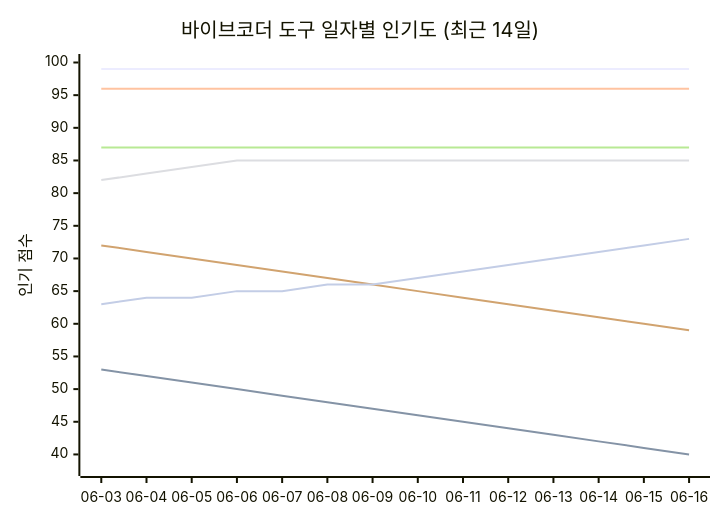
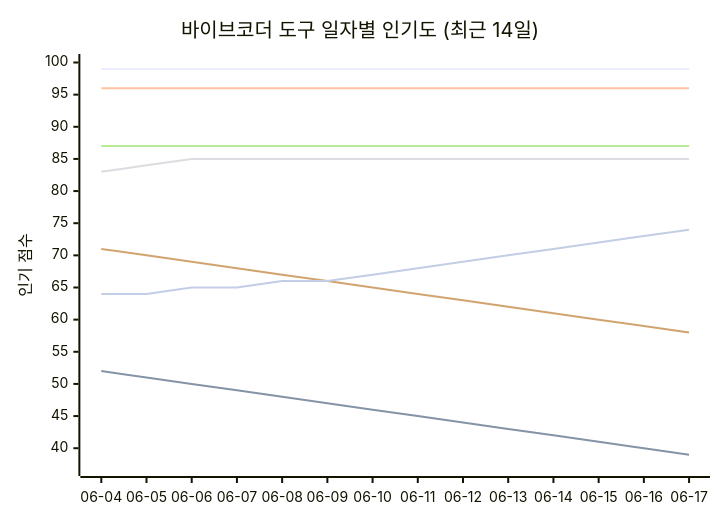
The seventh of 11 diagrams in README_ko.md (tykimos/ai-whatchelin), drawn with Mermaid before and after one commit. The commit also changed other lines of this file and 4 other files, not shown here.

````diff
--- a/README_ko.md
+++ b/README_ko.md
@@ -1586,13 +1591,13 @@
 ```mermaid
 xychart-beta
     title "바이브코더 도구 일자별 인기도 (최근 14일)"
-    x-axis ["06-03", "06-04", "06-05", "06-06", "06-07", "06-08", "06-09", "06-10", "06-11", "06-12", "06-13", "06-14", "06-15", "06-16"]
-    y-axis "인기 점수" 38 --> 100
+    x-axis ["06-04", "06-05", "06-06", "06-07", "06-08", "06-09", "06-10", "06-11", "06-12", "06-13", "06-14", "06-15", "06-16", "06-17"]
+    y-axis "인기 점수" 37 --> 100
     line "Claude Code" [99, 99, 99, 99, 99, 99, 99, 99, 99, 99, 99, 99, 99, 99]
-    line "GH Copilot" [53, 52, 51, 50, 49, 48, 47, 46, 45, 44, 43, 42, 41, 40]
+    line "GH Copilot" [52, 51, 50, 49, 48, 47, 46, 45, 44, 43, 42, 41, 40, 39]
     line "Cursor" [96, 96, 96, 96, 96, 96, 96, 96, 96, 96, 96, 96, 96, 96]
-    line "Windsurf" [82, 83, 84, 85, 85, 85, 85, 85, 85, 85, 85, 85, 85, 85]
+    line "Windsurf" [83, 84, 85, 85, 85, 85, 85, 85, 85, 85, 85, 85, 85, 85]
     line "Codex CLI" [87, 87, 87, 87, 87, 87, 87, 87, 87, 87, 87, 87, 87, 87]
-    line "Gemini CLI" [72, 71, 70, 69, 68, 67, 66, 65, 64, 63, 62, 61, 60, 59]
-    line "Antigravity" [63, 64, 64, 65, 65, 66, 66, 67, 68, 69, 70, 71, 72, 73]
+    line "Gemini CLI" [71, 70, 69, 68, 67, 66, 65, 64, 63, 62, 61, 60, 59, 58]
+    line "Antigravity" [64, 64, 65, 65, 66, 66, 67, 68, 69, 70, 71, 72, 73, 74]
 ```
````
